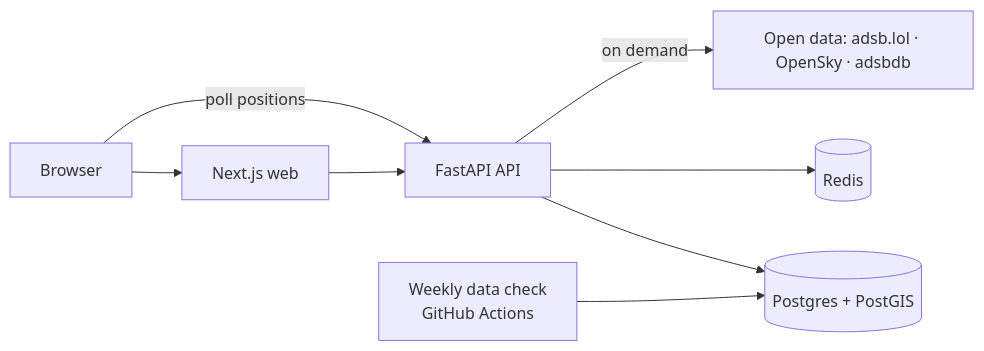
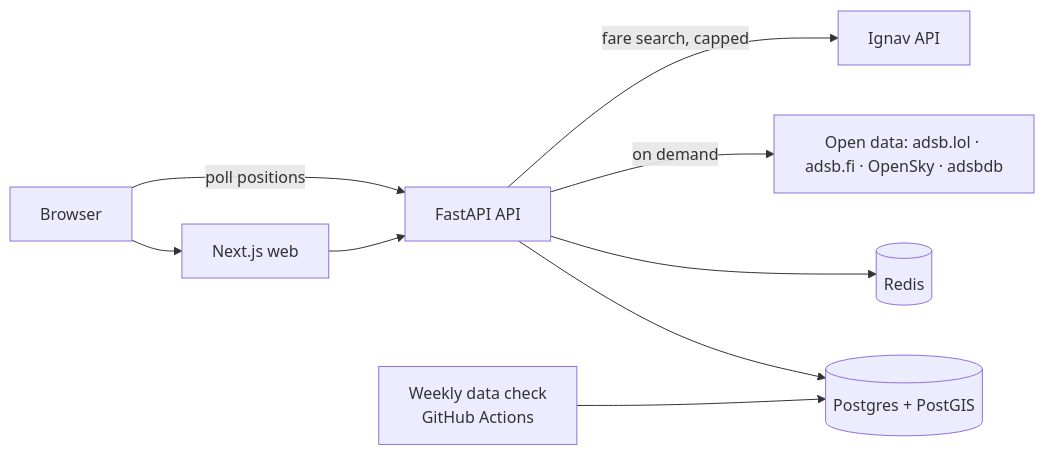
The diagram in README.md (NagbhushanPai/AeroGuide), drawn with Mermaid before and after one commit. The commit also changed other lines of this file and 6 other files, not shown here.

First line of the commit message:
docs: add ADR-0015 and document fare search

````diff
--- a/README.md
+++ b/README.md
@@ -30,10 +30,11 @@
 ```mermaid
 flowchart LR
   B[Browser] --> W[Next.js web]
   B -->|poll positions| A[FastAPI API]
   W --> A
   A --> P[(Postgres + PostGIS)]
   A --> R[(Redis)]
-  A -->|on demand| FP[Open data: adsb.lol · OpenSky · adsbdb]
+  A -->|on demand| FP[Open data: adsb.lol · adsb.fi · OpenSky · adsbdb]
+  A -->|fare search, capped| IG[Ignav API]
   J[Weekly data check<br/>GitHub Actions] --> P
 ```
````
